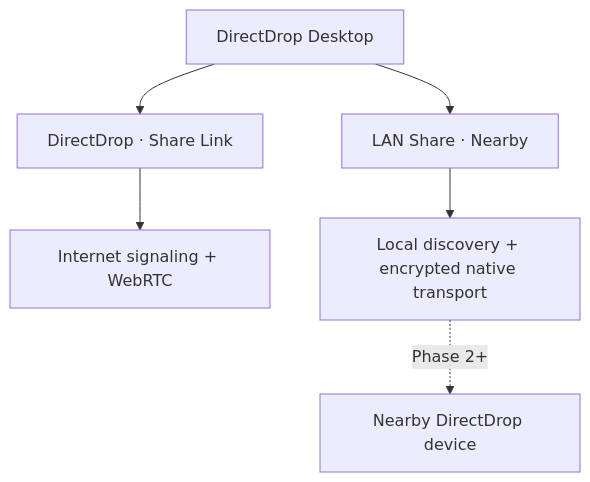
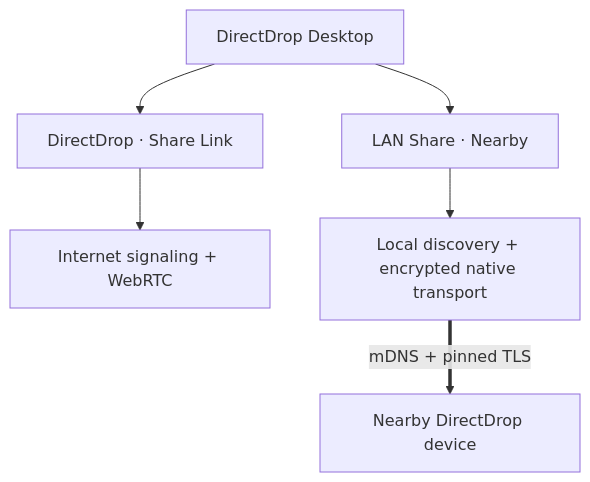
One commit to HechoLP/DirectDrop changed the first of 3 diagrams in docs/architecture.md. Above: the diagram before and after it, drawn with Mermaid. The commit also changed other lines of this file and 15 other files, not shown here.

Commit message:
docs(release): prepare DirectDrop v0.2.0

````diff
--- a/docs/architecture.md
+++ b/docs/architecture.md
@@ -3,8 +3,8 @@
 ```mermaid
 flowchart TB
   APP["DirectDrop Desktop"] --> DD["DirectDrop · Share Link"]
   APP --> LAN["LAN Share · Nearby"]
   DD --> WEBRTC["Internet signaling + WebRTC"]
   LAN --> NATIVE["Local discovery + encrypted native transport"]
-  NATIVE -. "Phase 2+" .-> DEVICE["Nearby DirectDrop device"]
+  NATIVE == "mDNS + pinned TLS" ==> DEVICE["Nearby DirectDrop device"]
 ```
````
